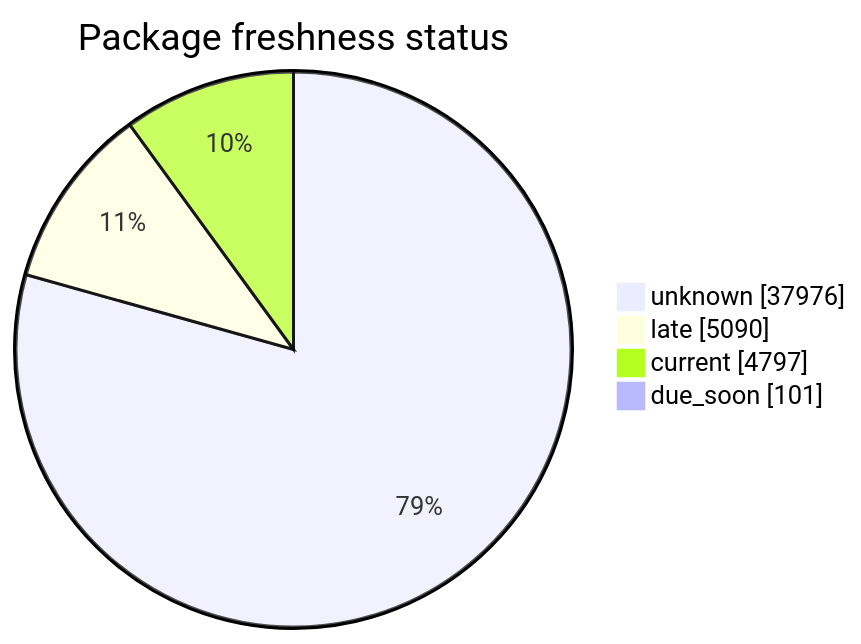
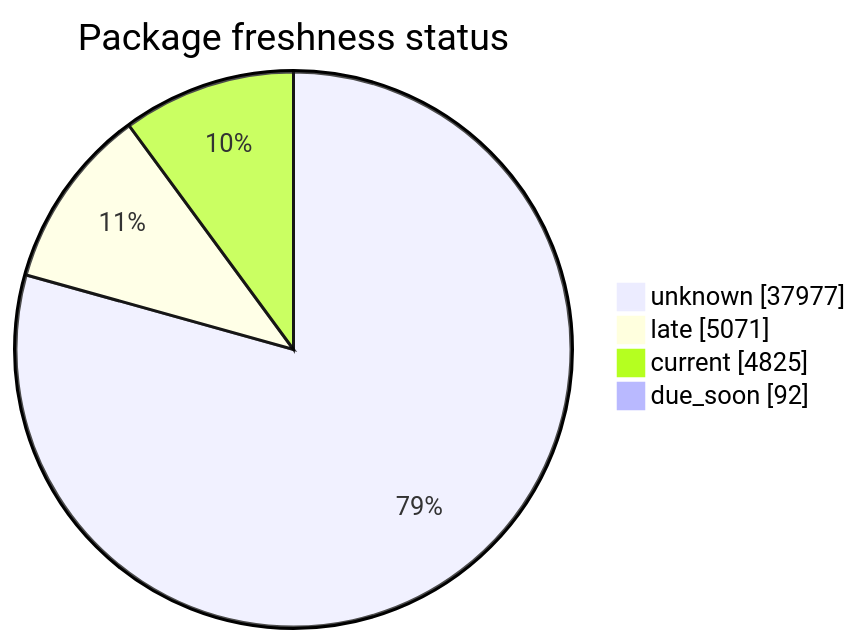
The second of 5 diagrams in FreshCheck/README.md (open-data/analytics-corporate-reporting), drawn with Mermaid before and after one commit. The commit also changed other lines of this file and 3 other files, not shown here.

````diff
--- a/FreshCheck/README.md
+++ b/FreshCheck/README.md
@@ -68,7 +68,7 @@
 ```mermaid
 pie showData title Package freshness status
-    "unknown": 37976
-    "late": 5090
-    "current": 4797
-    "due_soon": 101
+    "unknown": 37977
+    "late": 5071
+    "current": 4825
+    "due_soon": 92
 ```
````
